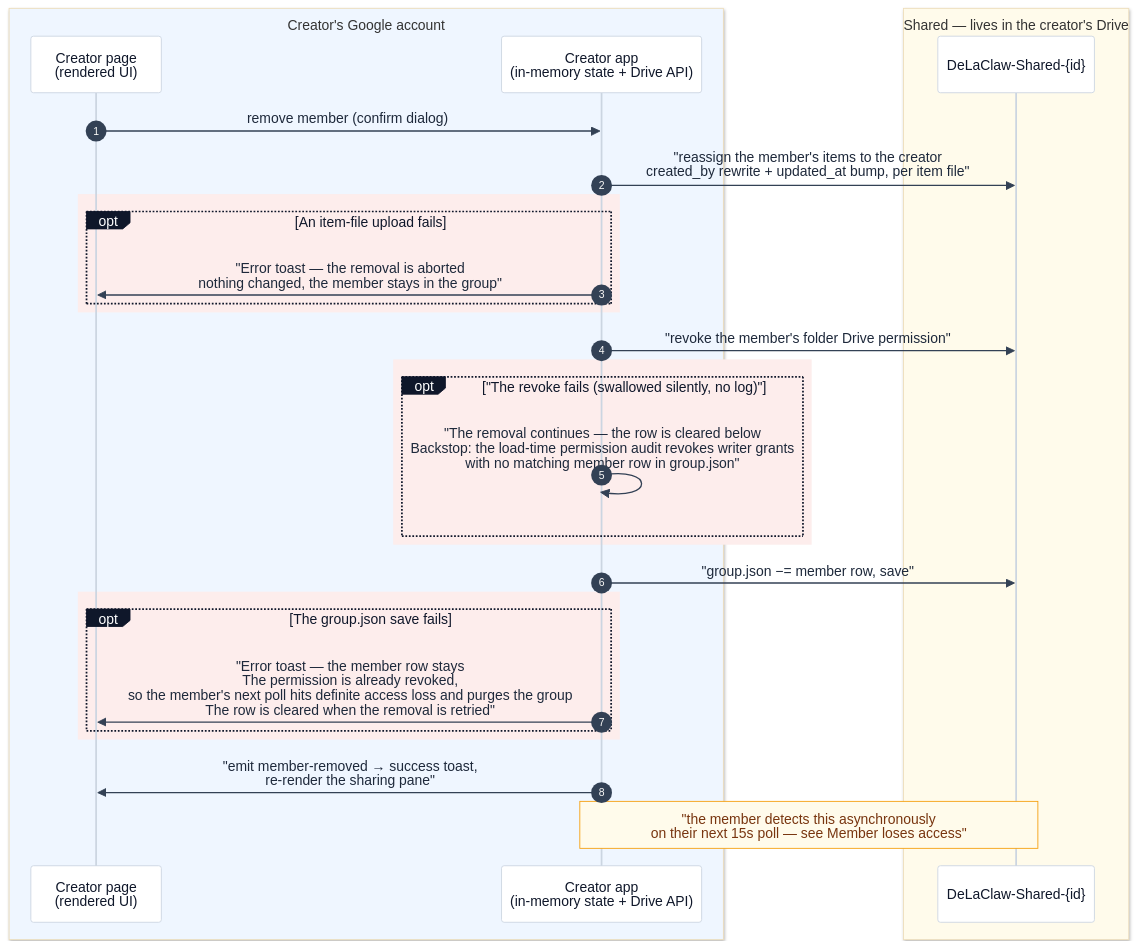
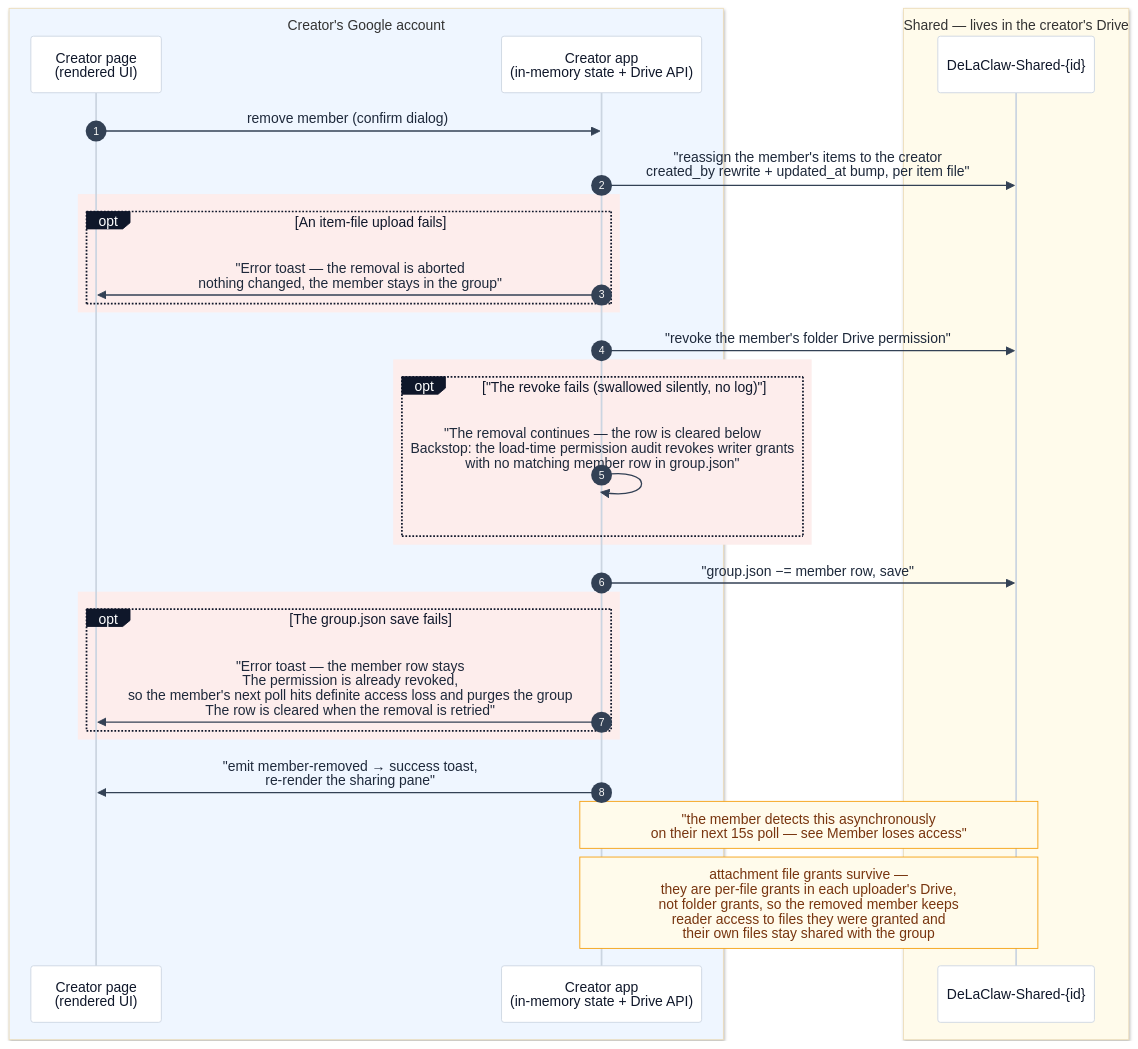
The tenth of 14 diagrams in docs-site/sharing.md (AntGro/DeLaClaw), drawn with Mermaid before and after one commit. The commit also changed other lines of this file and 96 other files, not shown here.

````diff
--- a/docs-site/sharing.md
+++ b/docs-site/sharing.md
@@ -488,34 +518,35 @@
 ```mermaid
 %%{init: {'theme': 'base', 'themeVariables': {'background': '#fbfaf8', 'actorBkg': '#ffffff', 'actorBorder': '#cbd5e1', 'actorTextColor': '#0f172a', 'actorLineColor': '#cbd5e1', 'signalColor': '#334155', 'signalTextColor': '#1e293b', 'noteBkgColor': '#fffbeb', 'noteBorderColor': '#f59e0b', 'noteTextColor': '#78350f', 'labelBoxBkgColor': '#0f172a', 'labelBoxBorderColor': '#0f172a', 'labelTextColor': '#ffffff'}}}%%
 sequenceDiagram
     autonumber
     box rgb(239,246,255) Creator's Google account
     participant CP as Creator page<br/>(rendered UI)
     participant CA as Creator app<br/>(in-memory state + Drive API)
     end
     box rgb(255,251,235) Shared — lives in the creator's Drive
     participant SF as DeLaClaw-Shared-{id}
     end
 
     CP->>CA: remove member (confirm dialog)
     CA->>SF: "reassign the member's items to the creator<br/>created_by rewrite + updated_at bump, per item file"
     rect rgb(253, 237, 236)
     opt An item-file upload fails
         CA->>CP: "Error toast — the removal is aborted<br/>nothing changed, the member stays in the group"
     end
     end
     CA->>SF: "revoke the member's folder Drive permission"
     rect rgb(253, 237, 236)
     opt "The revoke fails (swallowed silently, no log)"
         CA->>CA: "The removal continues — the row is cleared below<br/>Backstop: the load-time permission audit revokes writer grants<br/>with no matching member row in group.json"
     end
     end
     CA->>SF: "group.json −= member row, save"
     rect rgb(253, 237, 236)
     opt The group.json save fails
         CA->>CP: "Error toast — the member row stays<br/>The permission is already revoked,<br/>so the member's next poll hits definite access loss and purges the group<br/>The row is cleared when the removal is retried"
     end
     end
     CA->>CP: "emit member-removed → success toast,<br/>re-render the sharing pane"
     Note over CA,SF: "the member detects this asynchronously<br/>on their next 15s poll — see Member loses access"
+    Note over CA,SF: attachment file grants survive —<br/>they are per-file grants in each uploader's Drive,<br/>not folder grants, so the removed member keeps<br/>reader access to files they were granted and<br/>their own files stay shared with the group
 ```
````
